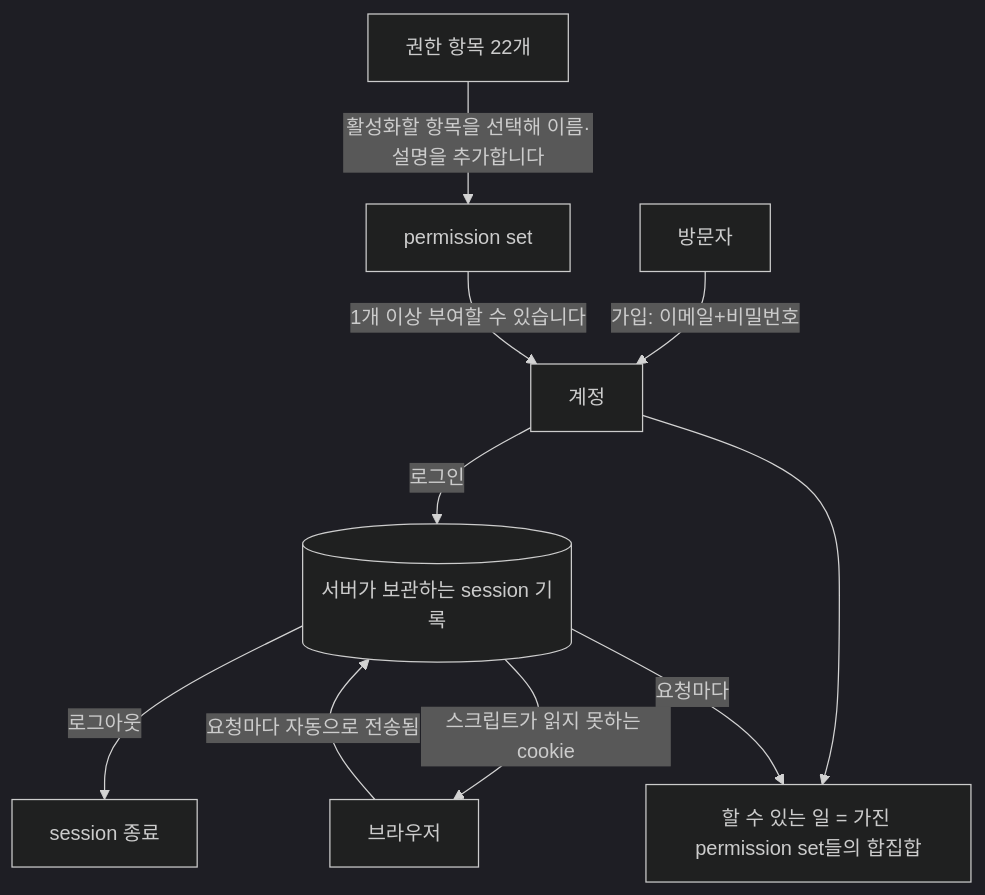
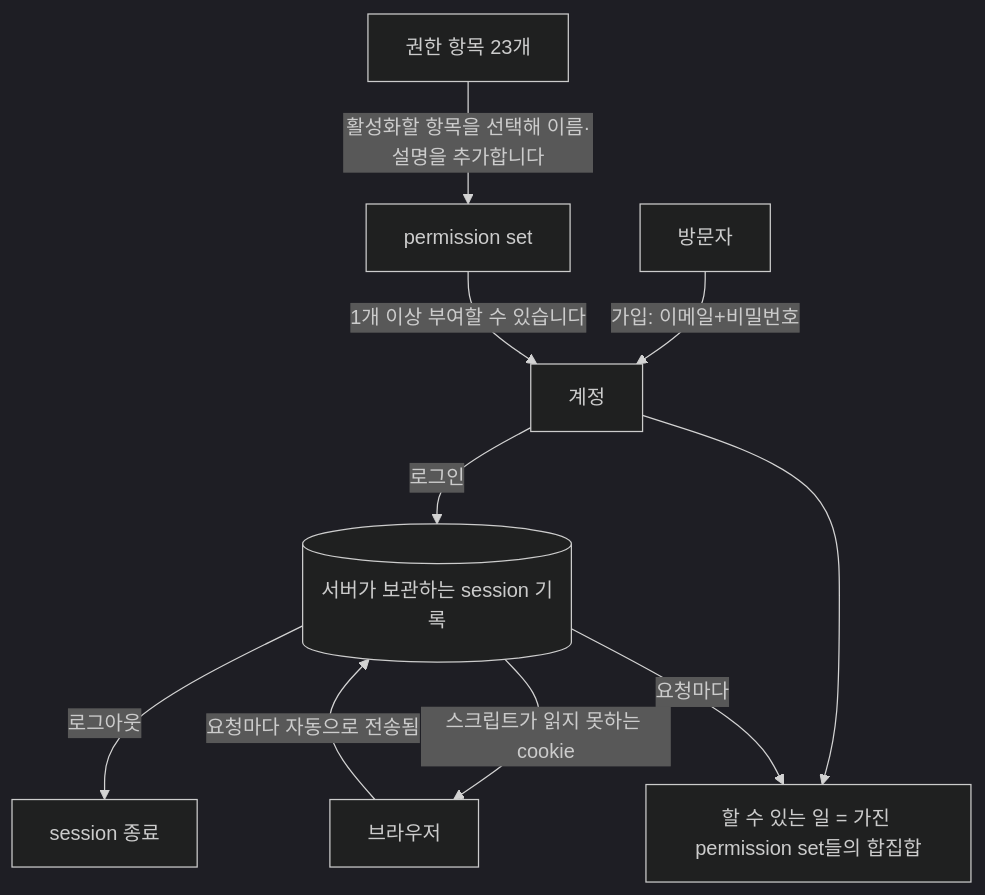
The first of 4 diagrams in .cluedoc/accounts-and-roles/accounts-and-roles.md (minkong-dev/Banblit), drawn with Mermaid (dark theme) before and after one commit. The commit also changed other lines of this file and 19 other files, not shown here.

````diff
--- a/.cluedoc/accounts-and-roles/accounts-and-roles.md
+++ b/.cluedoc/accounts-and-roles/accounts-and-roles.md
@@ -59,12 +59,12 @@
 ```mermaid
 flowchart TD
     V[방문자] -->|가입: 이메일+비밀번호| U[계정]
     U -->|로그인| S[(서버가 보관하는 session 기록)]
     S -->|스크립트가 읽지 못하는 cookie| B[브라우저]
     B -->|요청마다 자동으로 전송됨| S
     S -->|로그아웃| X[session 종료]
-    I[권한 항목 22개] -->|활성화할 항목을 선택해 이름·설명을 추가합니다| P[permission set]
+    I[권한 항목 23개] -->|활성화할 항목을 선택해 이름·설명을 추가합니다| P[permission set]
     P -->|1개 이상 부여할 수 있습니다| U
     U --> C[할 수 있는 일 = 가진 permission set들의 합집합]
     S -->|요청마다| C
 ```
````
